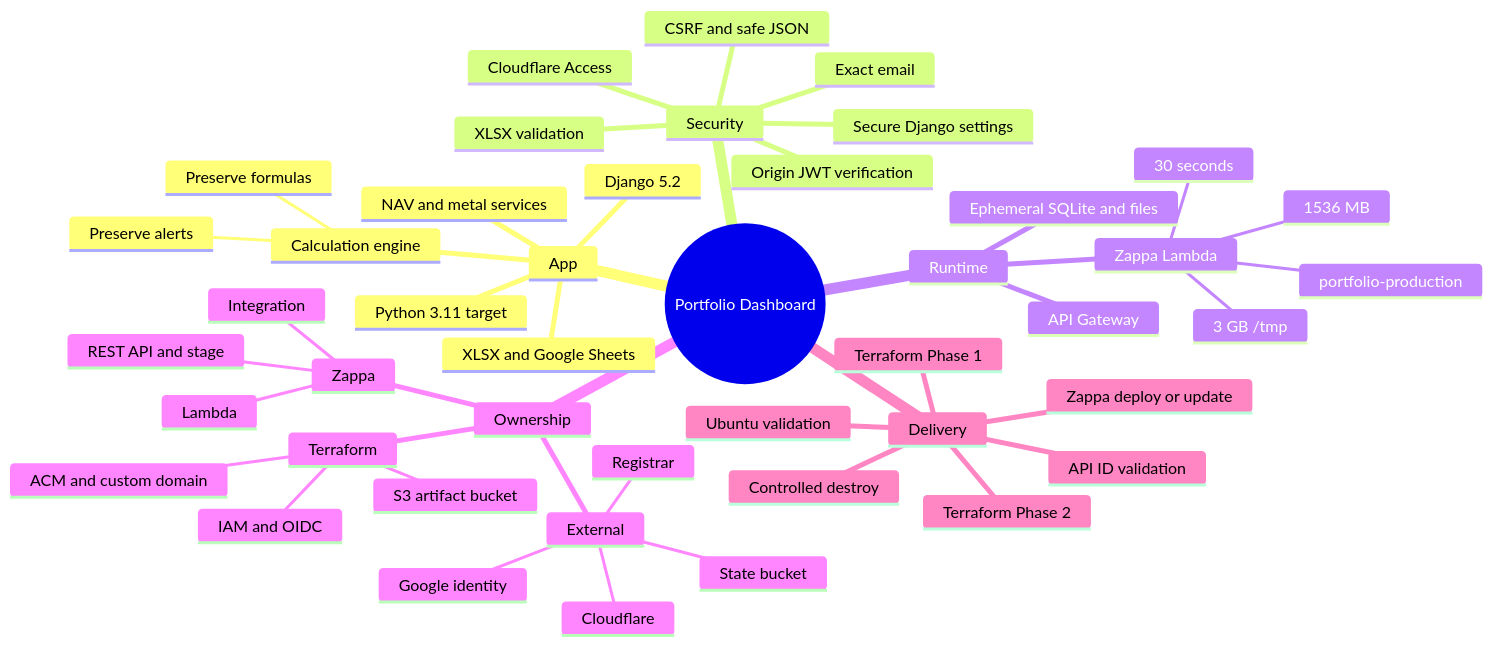
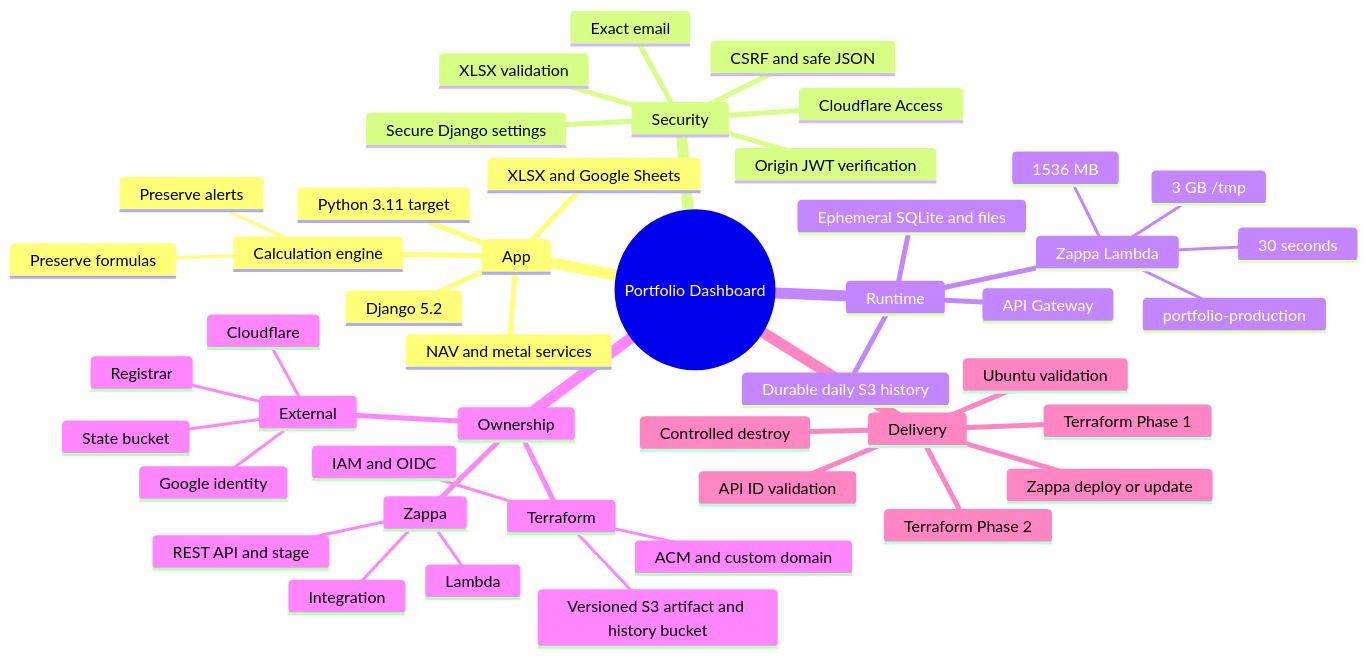
The diagram in AI_CONTEXT.md (praveenkumarv-github/portfolio), drawn with Mermaid before and after one commit. The commit also changed other lines of this file and 43 other files, not shown here.

````diff
--- a/AI_CONTEXT.md
+++ b/AI_CONTEXT.md
@@ -148,48 +181,49 @@
 ```mermaid
 mindmap
   root((Portfolio Dashboard))
     App
       Django 5.2
       Python 3.11 target
       XLSX and Google Sheets
       NAV and metal services
       Calculation engine
         Preserve formulas
         Preserve alerts
     Security
       Cloudflare Access
       Origin JWT verification
       Exact email
       Secure Django settings
       XLSX validation
       CSRF and safe JSON
     Runtime
       API Gateway
       Zappa Lambda
         portfolio-production
         1536 MB
         30 seconds
         3 GB /tmp
       Ephemeral SQLite and files
+      Durable daily S3 history
     Ownership
       Terraform
         ACM and custom domain
         IAM and OIDC
-        S3 artifact bucket
+        Versioned S3 artifact and history bucket
       Zappa
         Lambda
         REST API and stage
         Integration
       External
         State bucket
         Cloudflare
         Registrar
         Google identity
     Delivery
       Ubuntu validation
       Terraform Phase 1
       Zappa deploy or update
       API ID validation
       Terraform Phase 2
       Controlled destroy
 ```
````
